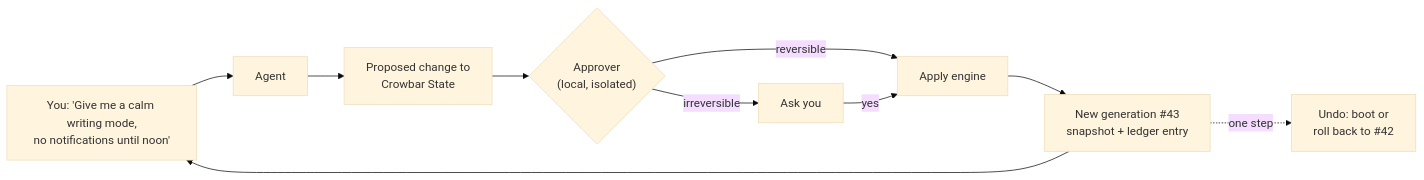
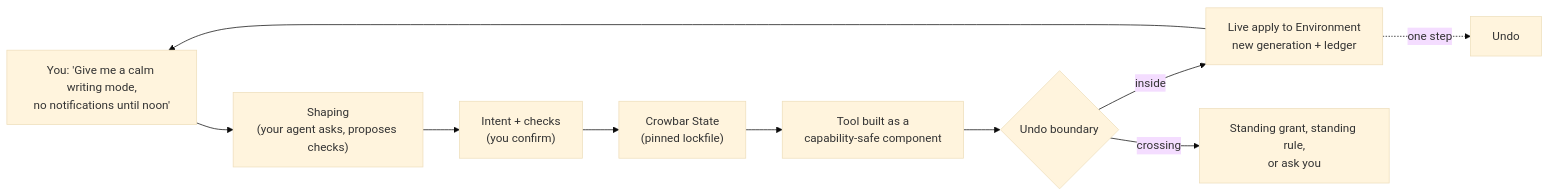
The first of 5 diagrams in docs/agent-first/VISION.md (crowbaros/crowbaros), drawn with Mermaid (base theme) before and after one commit. The commit also changed other lines of this file and 14 other files, not shown here.

````diff
--- a/docs/agent-first/VISION.md
+++ b/docs/agent-first/VISION.md
@@ -27,12 +36,12 @@
 ```mermaid
 flowchart LR
-    U["You: 'Give me a calm writing mode,<br/>no notifications until noon'"] --> A[Agent]
-    A --> P["Proposed change to<br/>Crowbar State"]
-    P --> R{"Approver<br/>(local, isolated)"}
-    R -- reversible --> E[Apply engine]
-    R -- irreversible --> Q[Ask you]
-    Q -- yes --> E
-    E --> G["New generation #43<br/>snapshot + ledger entry"]
-    G --> U
-    G -. one step .-> B["Undo: boot or<br/>roll back to #42"]
+    U["You: 'Give me a calm writing mode,<br/>no notifications until noon'"] --> S["Shaping<br/>(your agent asks, proposes checks)"]
+    S --> I["Intent + checks<br/>(you confirm)"]
+    I --> C["Crowbar State<br/>(pinned lockfile)"]
+    C --> T["Tool built as a<br/>capability-safe component"]
+    T --> G{"Undo boundary"}
+    G -- inside --> E["Live apply to Environment<br/>new generation + ledger"]
+    G -- crossing --> Q["Standing grant, standing rule,<br/>or ask you"]
+    E --> U
+    E -. one step .-> B["Undo"]
 ```
````
